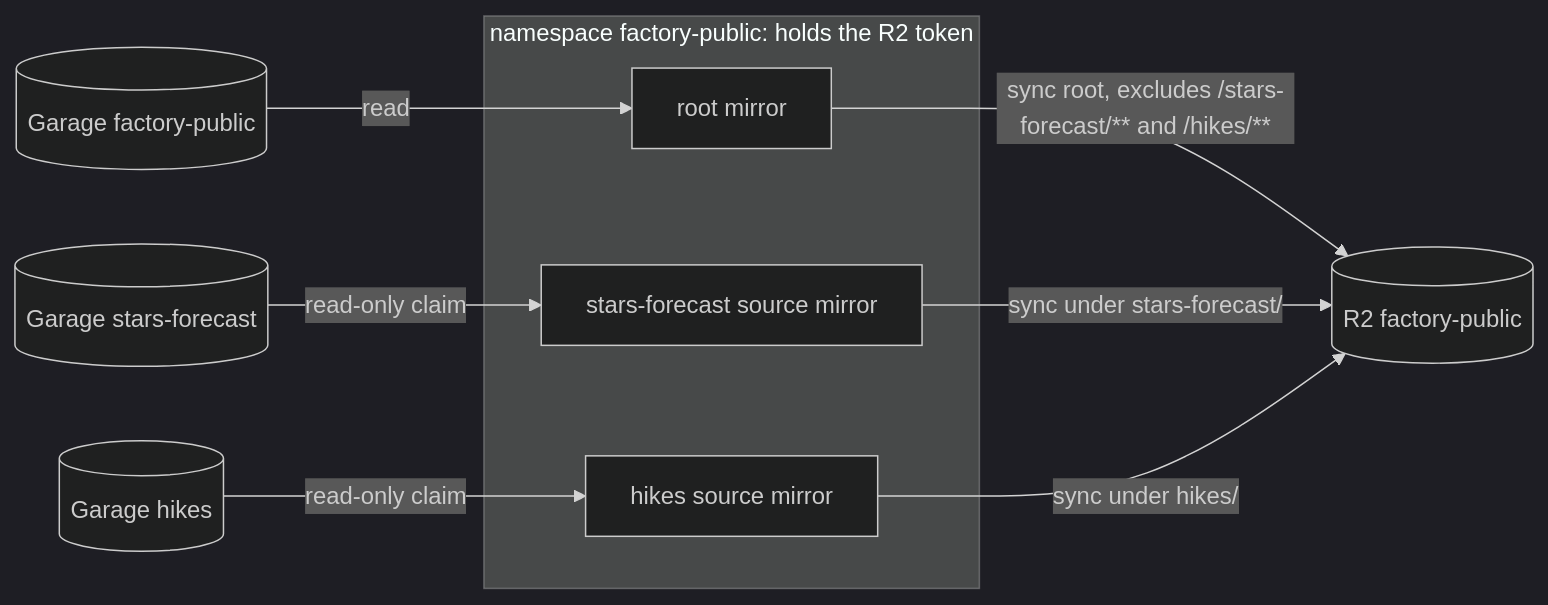
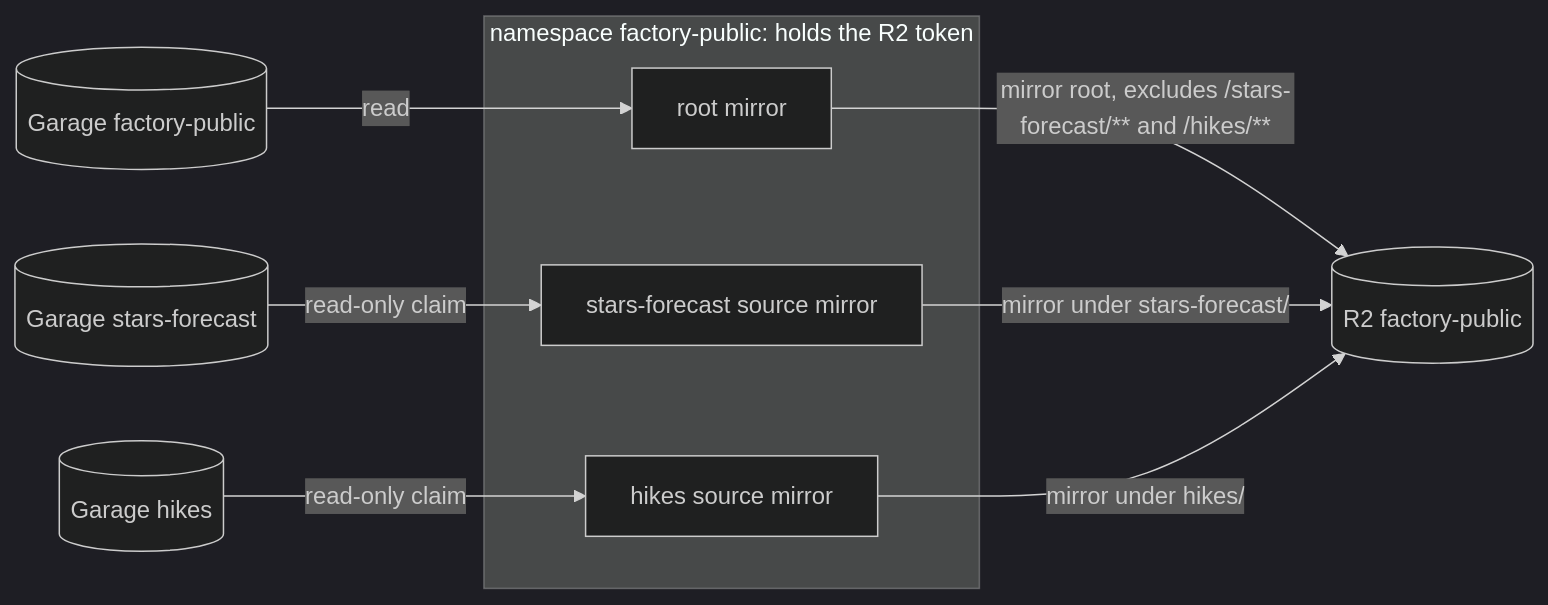
Before and after one commit to jomcgi-org/homelab: the fourth of 4 diagrams in projects/shared/helm/factory-library/README.md, drawn with Mermaid (dark theme). The commit also changed other lines of this file and 18 other files, not shown here.

````diff
--- a/projects/shared/helm/factory-library/README.md
+++ b/projects/shared/helm/factory-library/README.md
@@ -357,14 +392,14 @@
 ```mermaid
 flowchart LR
   subgraph fp["namespace factory-public: holds the R2 token"]
     root["root mirror"]
     smirror["stars-forecast source mirror"]
     hmirror["hikes source mirror"]
   end
   gfp[("Garage factory-public")] -->|read| root
   gsf[("Garage stars-forecast")] -->|read-only claim| smirror
   ghk[("Garage hikes")] -->|read-only claim| hmirror
-  root -->|"sync root, excludes /stars-forecast/** and /hikes/**"| r2[("R2 factory-public")]
-  smirror -->|"sync under stars-forecast/"| r2
-  hmirror -->|"sync under hikes/"| r2
+  root -->|"mirror root, excludes /stars-forecast/** and /hikes/**"| r2[("R2 factory-public")]
+  smirror -->|"mirror under stars-forecast/"| r2
+  hmirror -->|"mirror under hikes/"| r2
 ```
````
